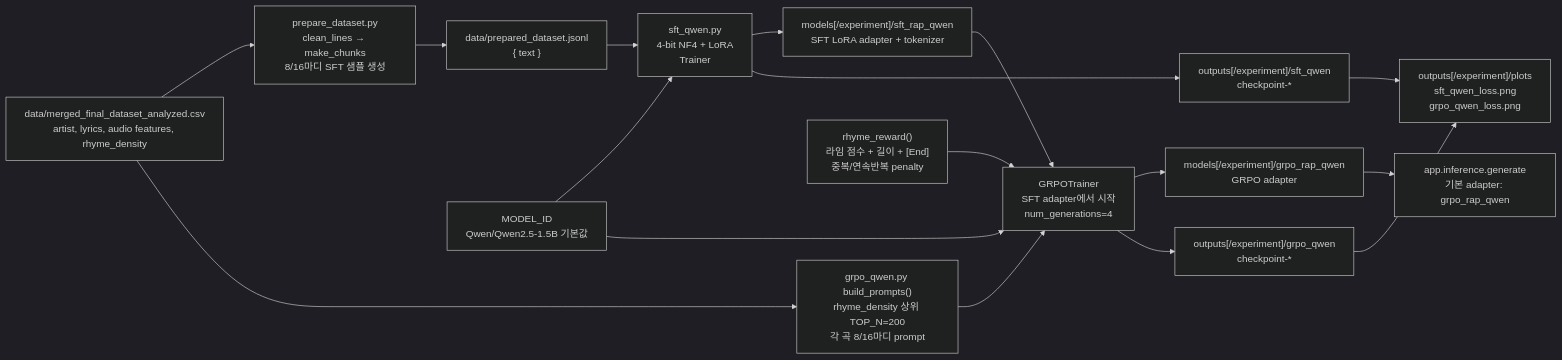
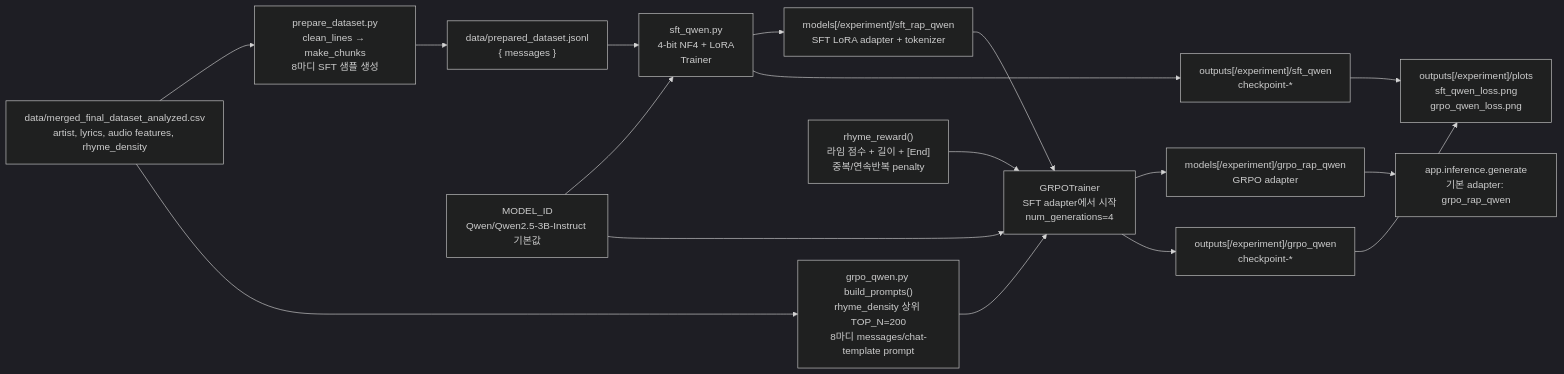
The second of 2 diagrams in pmtm-ai/docs/training-pipeline.md (hnuu785/PMTM), drawn with Mermaid (dark theme) before and after one commit. The commit also changed other lines of this file and 24 other files, not shown here.

First line of the commit message:
feat: update training pipeline to use Qwen2.5-3B-Instruct model and enhance dataset preparation

````diff
--- a/pmtm-ai/docs/training-pipeline.md
+++ b/pmtm-ai/docs/training-pipeline.md
@@ -39,38 +39,38 @@
 ```mermaid
 flowchart LR
     RawCSV["data/merged_final_dataset_analyzed.csv<br/>artist, lyrics, audio features, rhyme_density"]
-    Prepare["prepare_dataset.py<br/>clean_lines → make_chunks<br/>8/16마디 SFT 샘플 생성"]
-    Jsonl["data/prepared_dataset.jsonl<br/>{ text }"]
+    Prepare["prepare_dataset.py<br/>clean_lines → make_chunks<br/>8마디 SFT 샘플 생성"]
+    Jsonl["data/prepared_dataset.jsonl<br/>{ messages }"]
 
-    Base["MODEL_ID<br/>Qwen/Qwen2.5-1.5B 기본값"]
+    Base["MODEL_ID<br/>Qwen/Qwen2.5-3B-Instruct 기본값"]
     SFTTrain["sft_qwen.py<br/>4-bit NF4 + LoRA<br/>Trainer"]
     SFTOut["models[/experiment]/sft_rap_qwen<br/>SFT LoRA adapter + tokenizer"]
     SFTCkpt["outputs[/experiment]/sft_qwen<br/>checkpoint-*"]
 
-    PromptBuild["grpo_qwen.py build_prompts()<br/>rhyme_density 상위 TOP_N=200<br/>각 곡 8/16마디 prompt"]
+    PromptBuild["grpo_qwen.py build_prompts()<br/>rhyme_density 상위 TOP_N=200<br/>8마디 messages/chat-template prompt"]
     Reward["rhyme_reward()<br/>라임 점수 + 길이 + [End]<br/>중복/연속반복 penalty"]
     GRPOTrain["GRPOTrainer<br/>SFT adapter에서 시작<br/>num_generations=4"]
     GRPOOut["models[/experiment]/grpo_rap_qwen<br/>GRPO adapter"]
     GRPOCkpt["outputs[/experiment]/grpo_qwen<br/>checkpoint-*"]
 
     Plots["outputs[/experiment]/plots<br/>sft_qwen_loss.png<br/>grpo_qwen_loss.png"]
     Inference["app.inference.generate<br/>기본 adapter: grpo_rap_qwen"]
 
     RawCSV --> Prepare --> Jsonl
     Jsonl --> SFTTrain
     Base --> SFTTrain
     SFTTrain --> SFTOut
     SFTTrain --> SFTCkpt
 
     RawCSV --> PromptBuild
     SFTOut --> GRPOTrain
     Base --> GRPOTrain
     PromptBuild --> GRPOTrain
     Reward --> GRPOTrain
     GRPOTrain --> GRPOOut
     GRPOTrain --> GRPOCkpt
 
     SFTCkpt --> Plots
     GRPOCkpt --> Plots
     GRPOOut --> Inference
 ```
````
